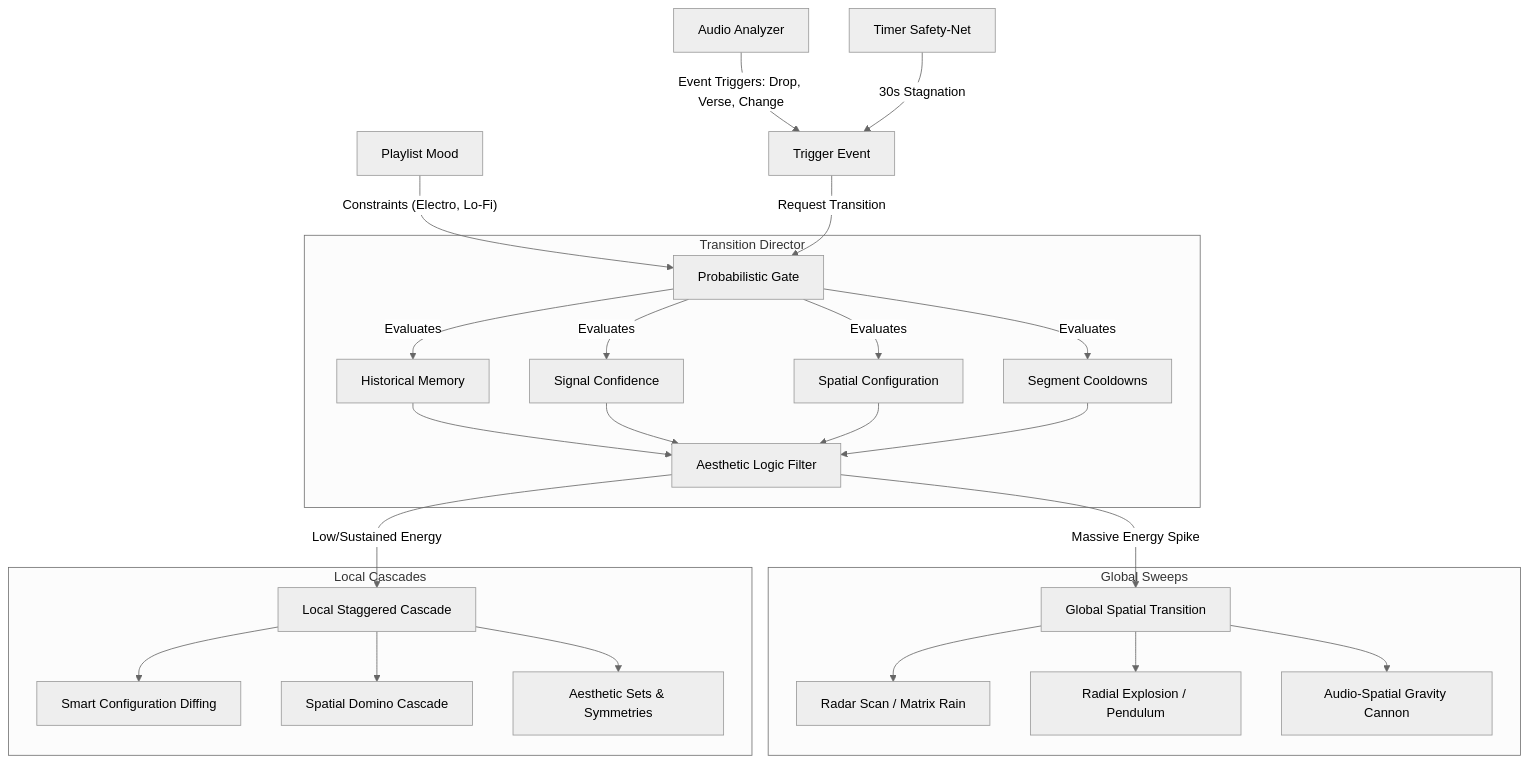
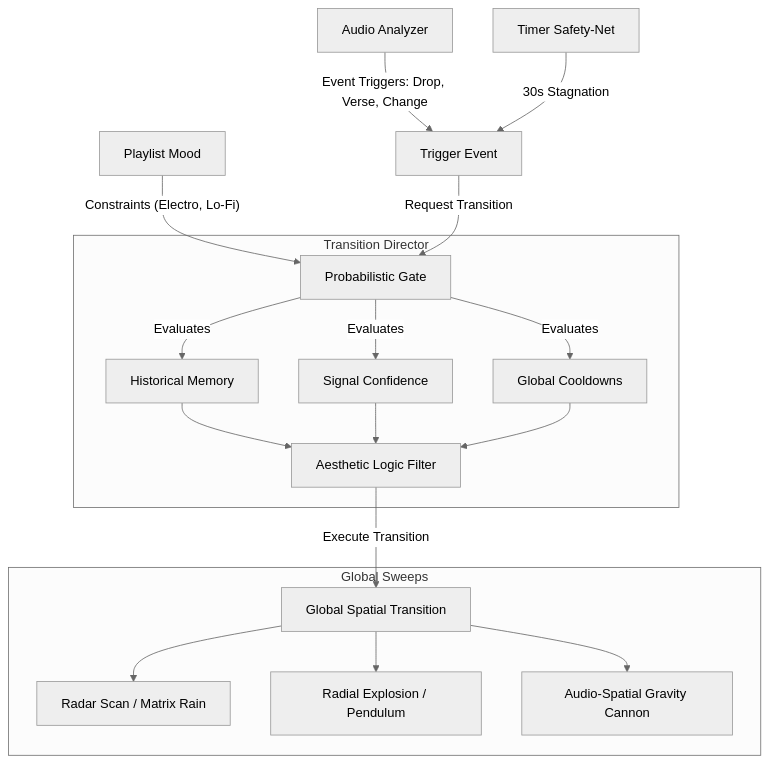
The diagram in .agents/docs/transition_architecture.md (LucRobey/vialactee), drawn with Mermaid (neutral theme) before and after one commit. The commit also changed other lines of this file and 7 other files, not shown here.

````diff
--- a/.agents/docs/transition_architecture.md
+++ b/.agents/docs/transition_architecture.md
@@ -5,40 +5,30 @@
 ```mermaid
 graph TD
     %% Inputs
     Audio["Audio Analyzer"] -->|"Event Triggers: Drop, Verse, Change"| Trigger["Trigger Event"]
     Timer["Timer Safety-Net"] -->|"30s Stagnation"| Trigger
     Playlist["Playlist Mood"] -->|"Constraints (Electro, Lo-Fi)"| Gate
     
     Trigger -->|"Request Transition"| Gate["Probabilistic Gate"]
     
     %% Probabilistic Gate
     subgraph Director["Transition Director"]
         Gate -->|"Evaluates"| Hist["Historical Memory"]
         Gate -->|"Evaluates"| Conf["Signal Confidence"]
-        Gate -->|"Evaluates"| Geom["Spatial Configuration"]
-        Gate -->|"Evaluates"| Cool["Segment Cooldowns"]
+        Gate -->|"Evaluates"| Cool["Global Cooldowns"]
         
         Hist --> Logic["Aesthetic Logic Filter"]
         Conf --> Logic
-        Geom --> Logic
         Cool --> Logic
     end
     
     %% Outputs
-    Logic -->|"Massive Energy Spike"| Global["Global Spatial Transition"]
-    Logic -->|"Low/Sustained Energy"| Local["Local Staggered Cascade"]
+    Logic -->|"Execute Transition"| Global["Global Spatial Transition"]
     
     %% Global Transitions
     subgraph Global_Sweeps["Global Sweeps"]
         Global --> G1["Radar Scan / Matrix Rain"]
         Global --> G2["Radial Explosion / Pendulum"]
         Global --> G3["Audio-Spatial Gravity Cannon"]
     end
-    
-    %% Local Transitions
-    subgraph Local_Cascades["Local Cascades"]
-        Local --> L1["Smart Configuration Diffing"]
-        Local --> L2["Spatial Domino Cascade"]
-        Local --> L3["Aesthetic Sets & Symmetries"]
-    end
 ```
````
